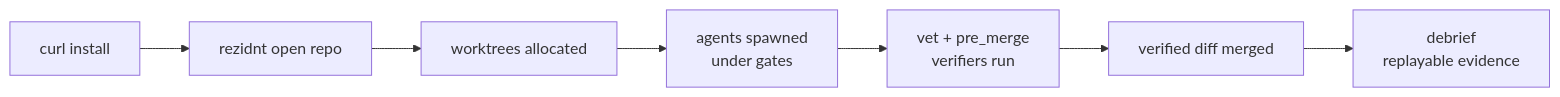
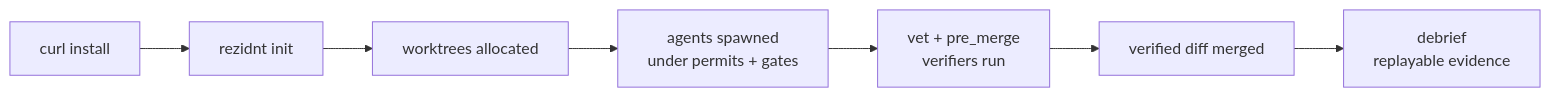
One commit to rezidnt/rezidnt changed the second of 2 diagrams in README.md. Above: the diagram before and after it, drawn with Mermaid. The commit also changed other lines of this file, not shown here.

````diff
--- a/README.md
+++ b/README.md
@@ -51,9 +59,9 @@
 ```mermaid
 flowchart LR
-    I["curl install"] --> O["rezidnt open repo"]
+    I["curl install"] --> O["rezidnt init"]
     O --> W["worktrees allocated"]
-    W --> S["agents spawned<br/>under gates"]
+    W --> S["agents spawned<br/>under permits + gates"]
     S --> V["vet + pre_merge<br/>verifiers run"]
     V --> M["verified diff merged"]
     M --> DB["debrief<br/>replayable evidence"]
 ```
````
